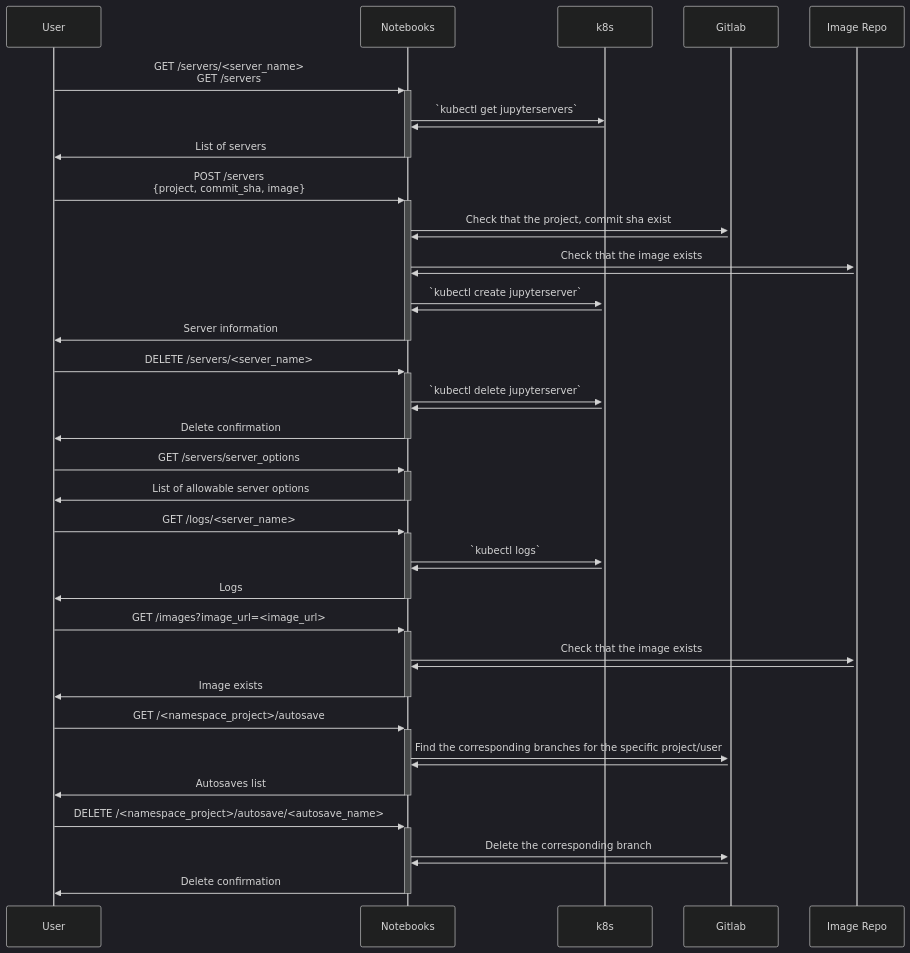
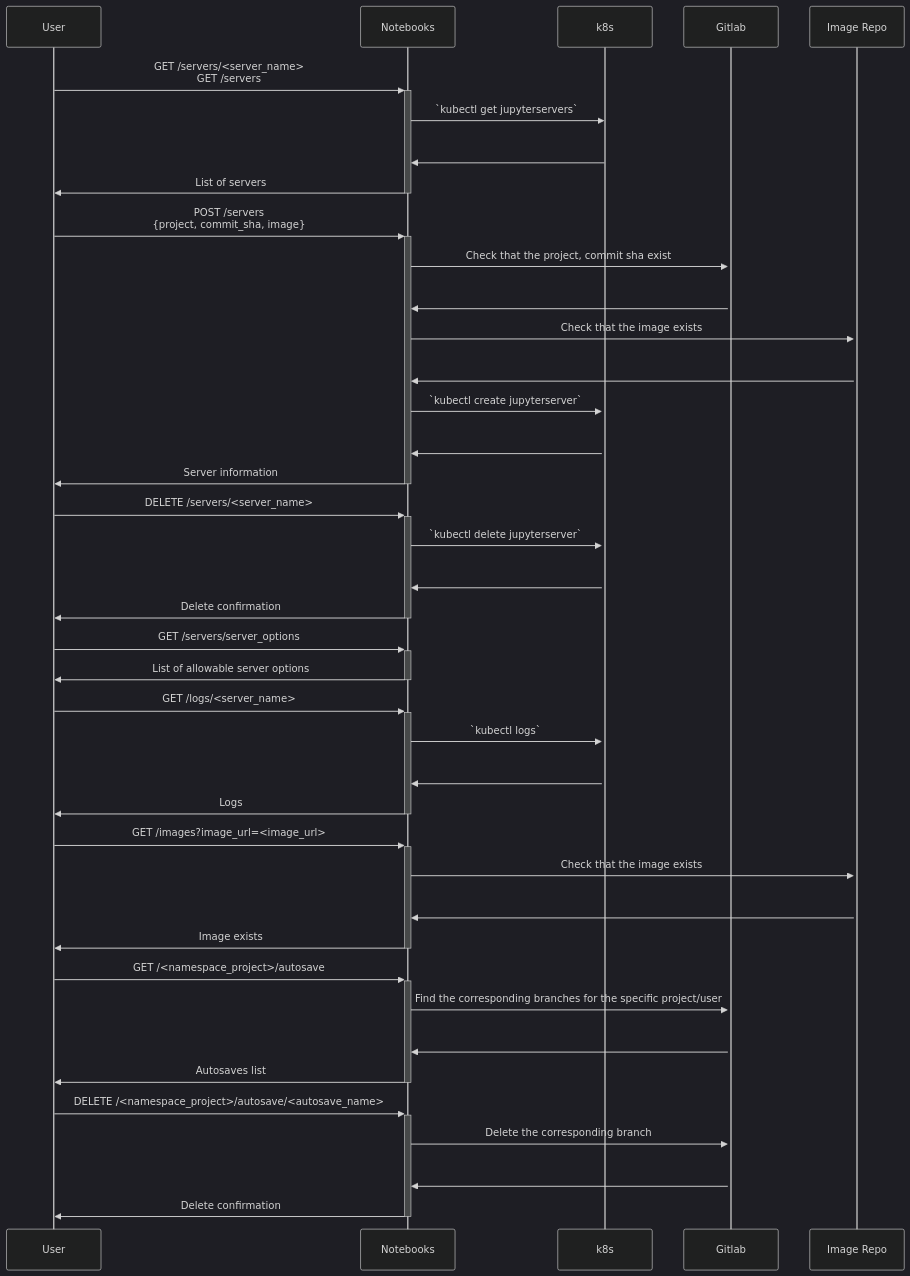
One commit to SwissDataScienceCenter/renku-notebooks changed the diagram in README.md. Above: the diagram before and after it, drawn with Mermaid (dark theme).

Commit message:
chore: fix sequence diagram in readme

````diff
--- a/README.md
+++ b/README.md
@@ -41,42 +41,42 @@
 ```mermaid
   sequenceDiagram
     participant User
     participant Notebooks
     participant k8s
     participant Gitlab
     participant Image Repo
     User->>+Notebooks: GET /servers/<server_name><br>GET /servers
     Notebooks->>k8s: `kubectl get jupyterservers`
-    k8s->>Notebooks:
+    k8s->>Notebooks: <br>
     Notebooks->>-User: List of servers
     User->>+Notebooks: POST /servers<br>{project, commit_sha, image}
     Notebooks->>+Gitlab: Check that the project, commit sha exist
-    Gitlab->>Notebooks:
+    Gitlab->>Notebooks: <br>
     Notebooks->>+Image Repo: Check that the image exists
-    Image Repo->>Notebooks:
+    Image Repo->>Notebooks: <br>
     Notebooks->>+k8s: `kubectl create jupyterserver`
-    k8s->>Notebooks:
+    k8s->>Notebooks: <br>
     Notebooks->>-User: Server information
     User->>+Notebooks: DELETE /servers/<server_name>
     Notebooks->>k8s: `kubectl delete jupyterserver`
-    k8s->>Notebooks:
+    k8s->>Notebooks: <br>
     Notebooks->>-User: Delete confirmation
     User->>+Notebooks: GET /servers/server_options
     Notebooks->>-User: List of allowable server options
     User->>+Notebooks: GET /logs/<server_name>
     Notebooks->>k8s: `kubectl logs`
-    k8s->>Notebooks:
+    k8s->>Notebooks: <br>
     Notebooks->>-User: Logs
     User->>+Notebooks: GET /images?image_url=<image_url>
     Notebooks->>+Image Repo: Check that the image exists
-    Image Repo->>Notebooks:
+    Image Repo->>Notebooks: <br>
     Notebooks->>-User: Image exists
     User->>+Notebooks: GET /<namespace_project>/autosave
     Notebooks->>+Gitlab: Find the corresponding branches for the specific project/user
-    Gitlab->>Notebooks:
+    Gitlab->>Notebooks: <br>
     Notebooks->>-User: Autosaves list
     User->>+Notebooks: DELETE /<namespace_project>/autosave/<autosave_name>
     Notebooks->>+Gitlab: Delete the corresponding branch
-    Gitlab->>Notebooks:
+    Gitlab->>Notebooks: <br>
     Notebooks->>-User: Delete confirmation
 ```
````
